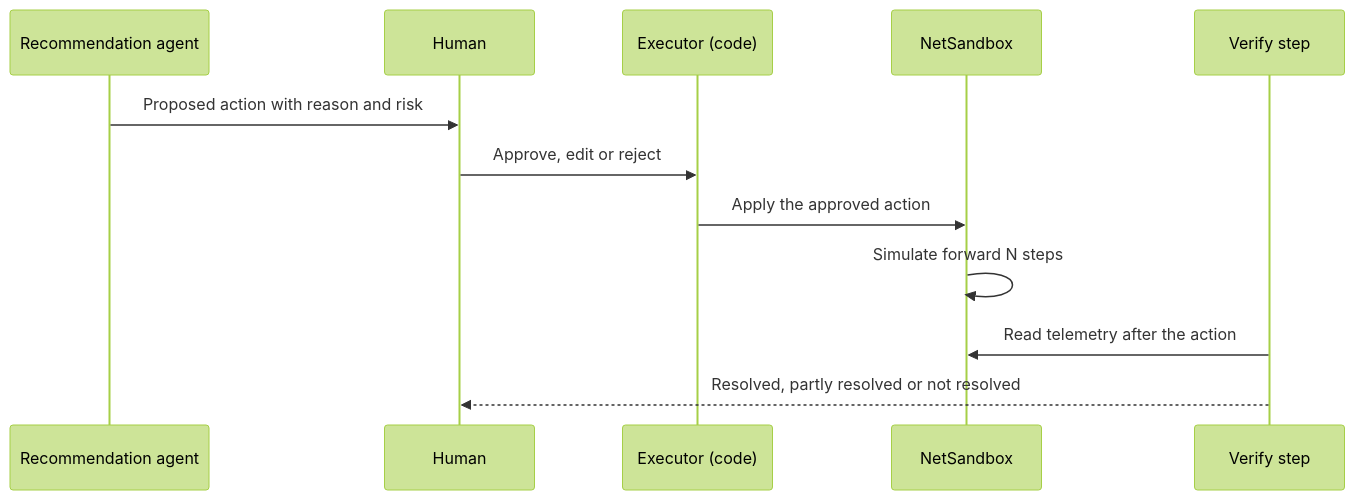
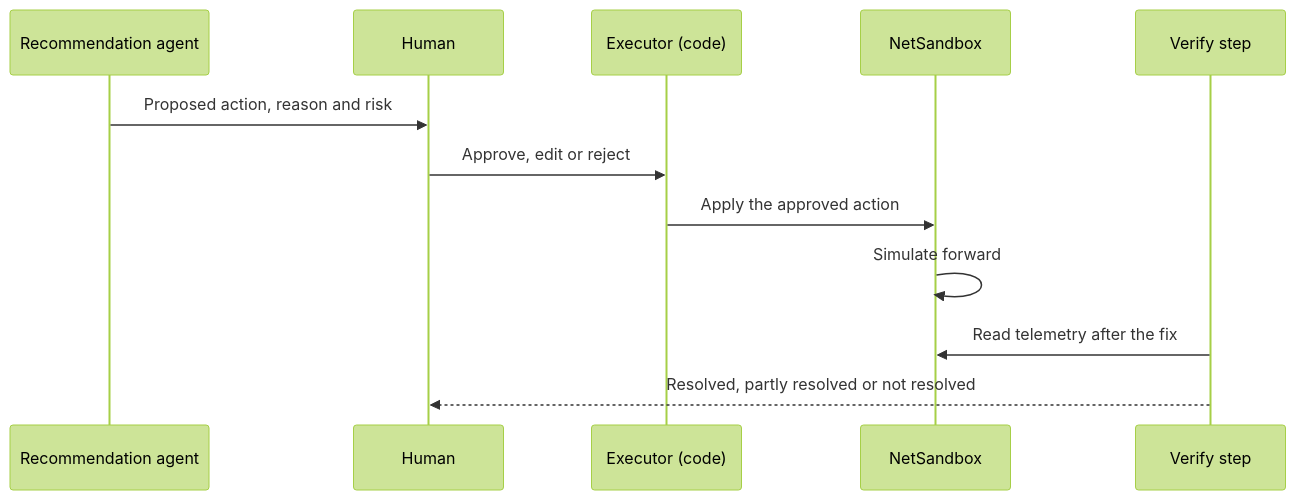
One commit to Reddy-kalwakolu/NetSleuth-Autonomous-Network-Investigation-Agents changed the third of 3 diagrams in README.md. Above: the diagram before and after it, drawn with Mermaid (forest theme). The commit also changed other lines of this file, not shown here.

````diff
--- a/README.md
+++ b/README.md
@@ -104,15 +144,15 @@
 ```mermaid
 sequenceDiagram
     participant R as Recommendation agent
     participant H as Human
     participant X as Executor (code)
     participant S as NetSandbox
     participant V as Verify step
 
-    R->>H: Proposed action with reason and risk
+    R->>H: Proposed action, reason and risk
     H->>X: Approve, edit or reject
     X->>S: Apply the approved action
-    S->>S: Simulate forward N steps
-    V->>S: Read telemetry after the action
+    S->>S: Simulate forward
+    V->>S: Read telemetry after the fix
     V-->>H: Resolved, partly resolved or not resolved
 ```
````
